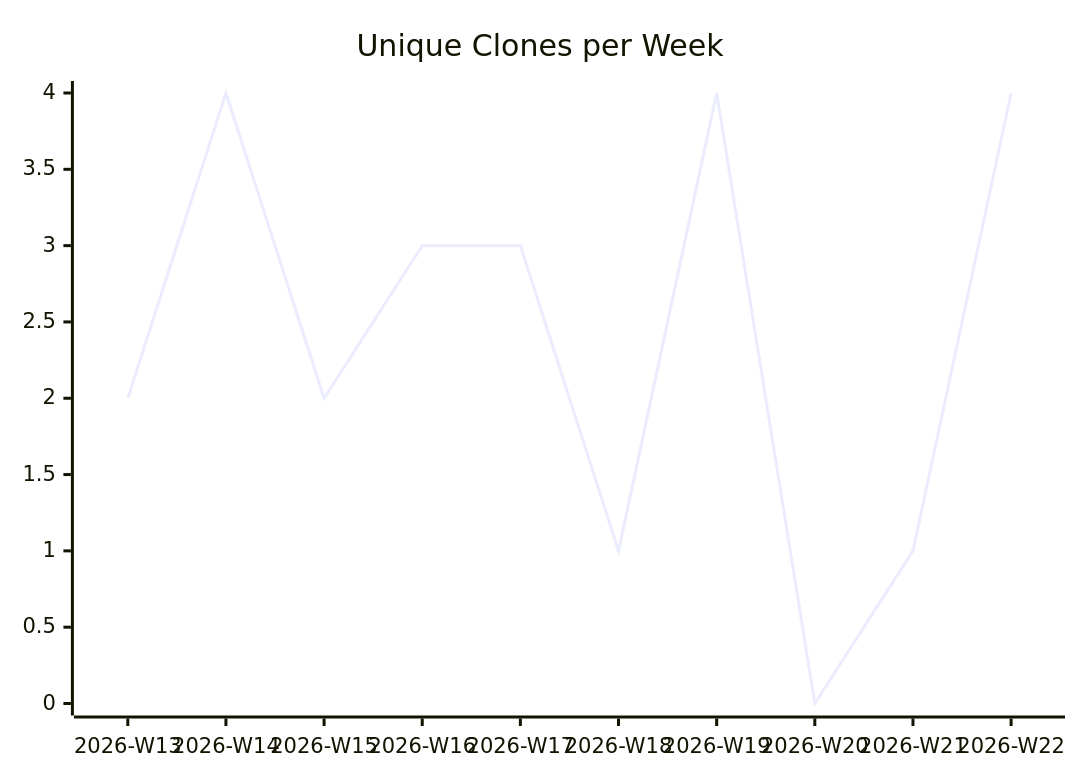
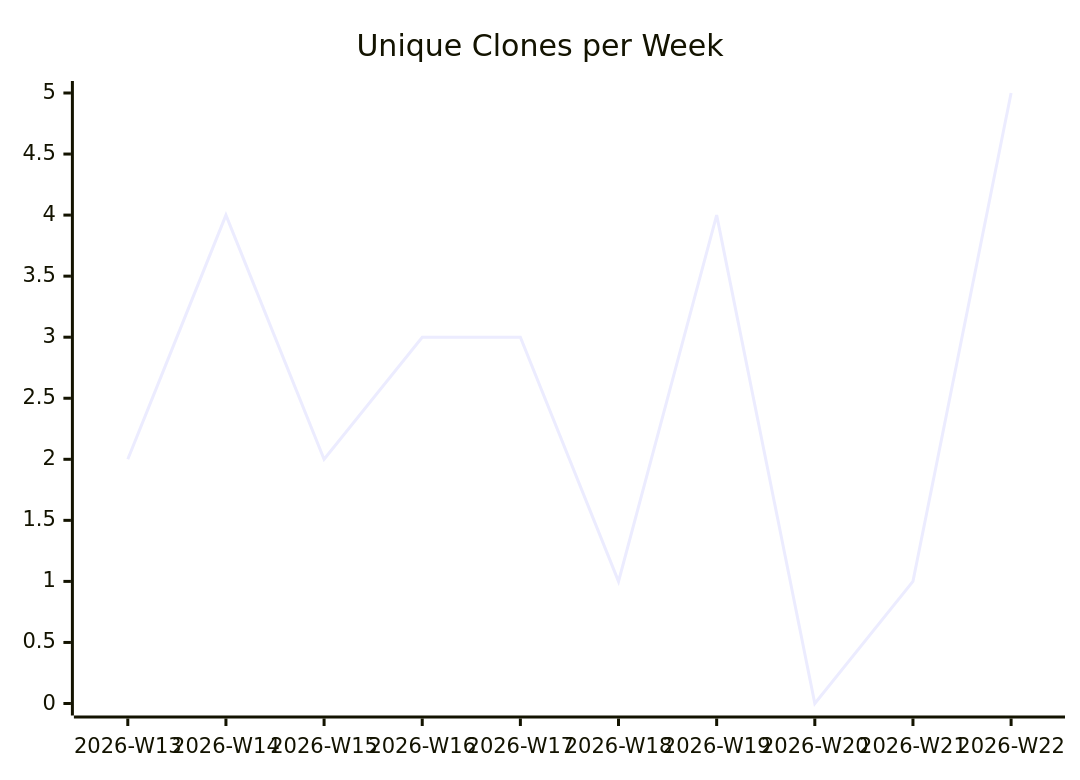
The third of 3 diagrams in karlmdavis/workstation-base-ansible-role/README.md (justdavis-family/github-analytics-data), drawn with Mermaid before and after one commit. The commit also changed other lines of this file and 190 other files, not shown here.

````diff
--- a/karlmdavis/workstation-base-ansible-role/README.md
+++ b/karlmdavis/workstation-base-ansible-role/README.md
@@ -19,6 +19,6 @@
 ```mermaid
 xychart-beta
   title "Unique Clones per Week"
   x-axis ["2026-W13", "2026-W14", "2026-W15", "2026-W16", "2026-W17", "2026-W18", "2026-W19", "2026-W20", "2026-W21", "2026-W22"]
-  line [2, 4, 2, 3, 3, 1, 4, 0, 1, 4]
+  line [2, 4, 2, 3, 3, 1, 4, 0, 1, 5]
 ```
````
